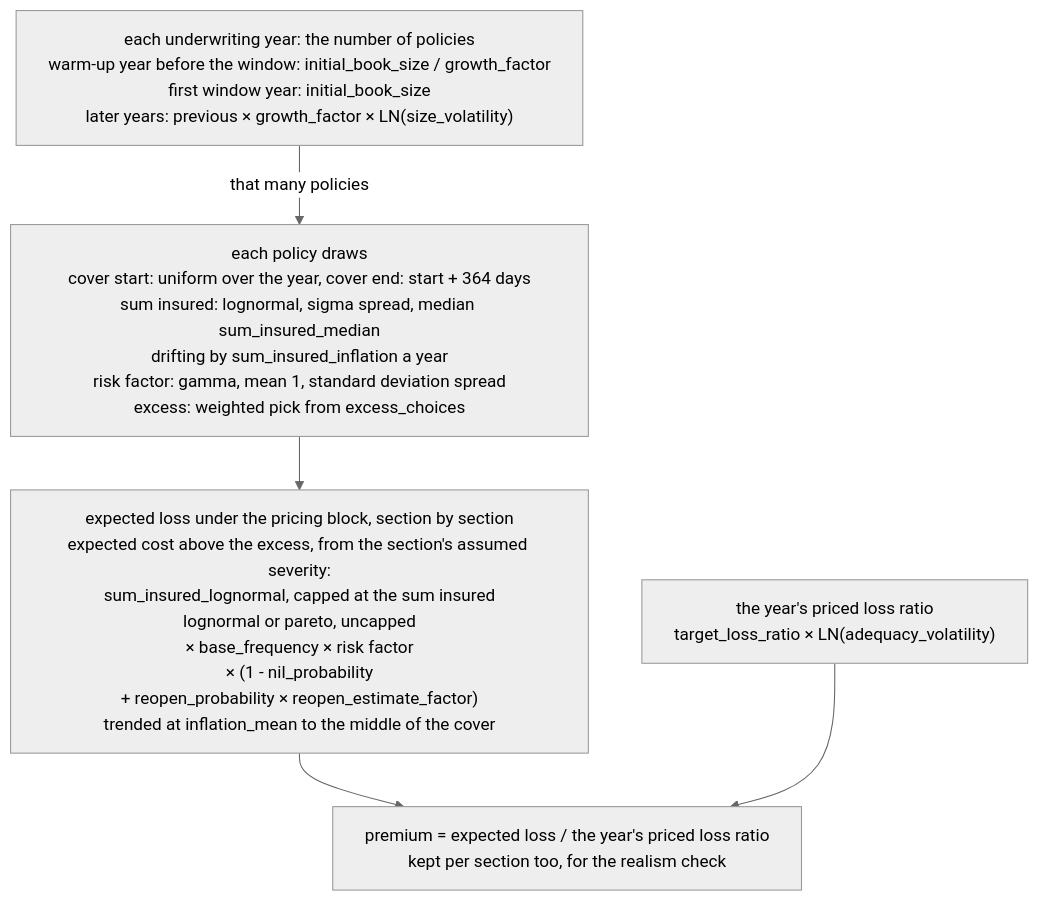
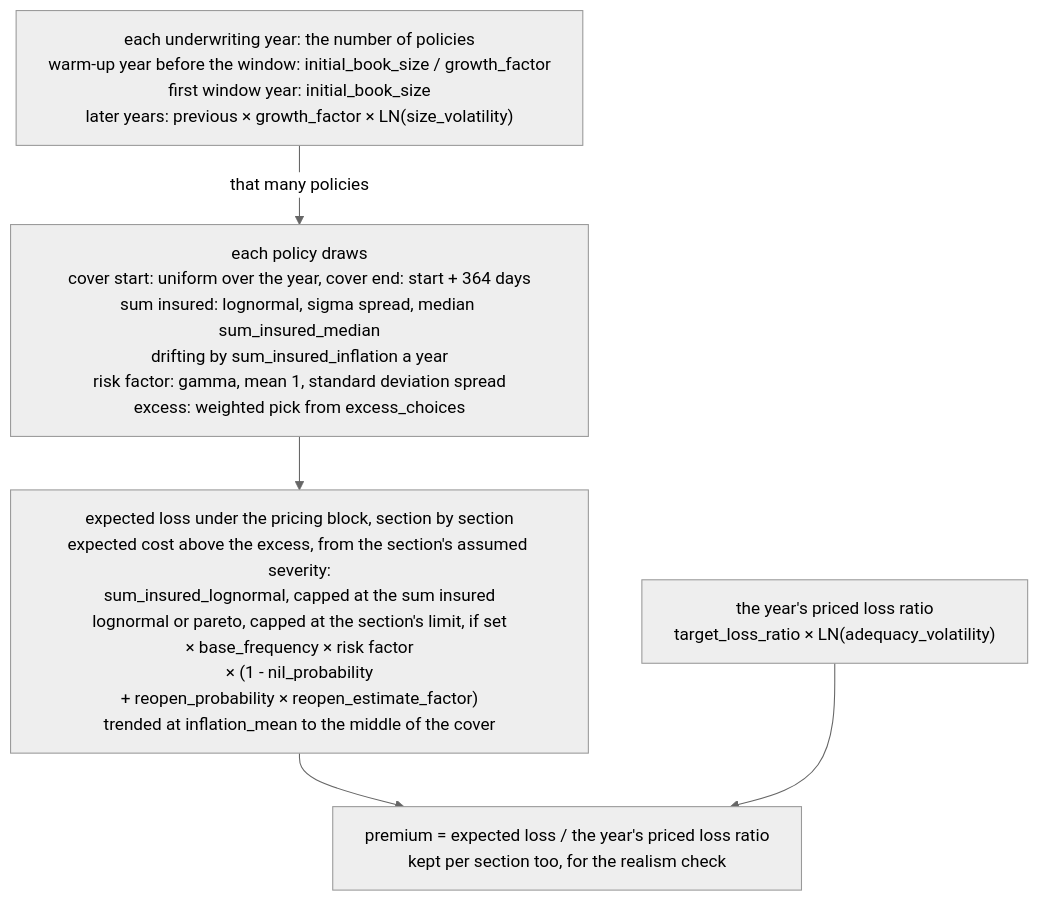
Before and after one commit to le-marais/claims-data-generator: the third of 10 diagrams in README.md, drawn with Mermaid (neutral theme). The commit also changed other lines of this file and 9 other files, not shown here.

````diff
--- a/README.md
+++ b/README.md
@@ -124,11 +124,11 @@
 ```mermaid
 %%{init: {"flowchart": {"wrappingWidth": 480}}}%%
 flowchart TD
     size["each underwriting year: the number of policies<br/>warm-up year before the window: initial_book_size / growth_factor<br/>first window year: initial_book_size<br/>later years: previous × growth_factor × LN(size_volatility)"]
     priced["the year's priced loss ratio<br/>target_loss_ratio × LN(adequacy_volatility)"]
     draws["each policy draws<br/>cover start: uniform over the year, cover end: start + 364 days<br/>sum insured: lognormal, sigma spread, median sum_insured_median<br/>drifting by sum_insured_inflation a year<br/>risk factor: gamma, mean 1, standard deviation spread<br/>excess: weighted pick from excess_choices"]
-    expected["expected loss under the pricing block, section by section<br/>expected cost above the excess, from the section's assumed severity:<br/>sum_insured_lognormal, capped at the sum insured<br/>lognormal or pareto, uncapped<br/>× base_frequency × risk factor<br/>× (1 - nil_probability<br/>+ reopen_probability × reopen_estimate_factor)<br/>trended at inflation_mean to the middle of the cover"]
+    expected["expected loss under the pricing block, section by section<br/>expected cost above the excess, from the section's assumed severity:<br/>sum_insured_lognormal, capped at the sum insured<br/>lognormal or pareto, capped at the section's limit, if set<br/>× base_frequency × risk factor<br/>× (1 - nil_probability<br/>+ reopen_probability × reopen_estimate_factor)<br/>trended at inflation_mean to the middle of the cover"]
     premium["premium = expected loss / the year's priced loss ratio<br/>kept per section too, for the realism check"]
     size -- "that many policies" --> draws --> expected --> premium
     priced --> premium
 ```
````
